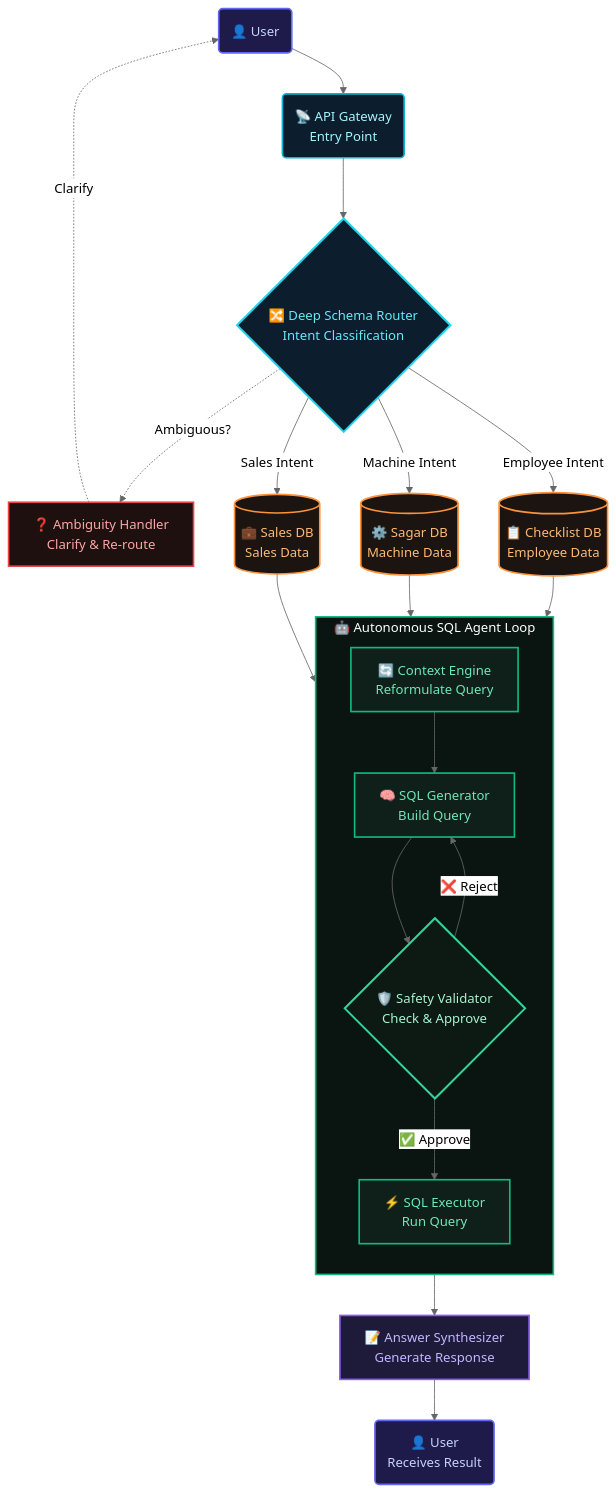
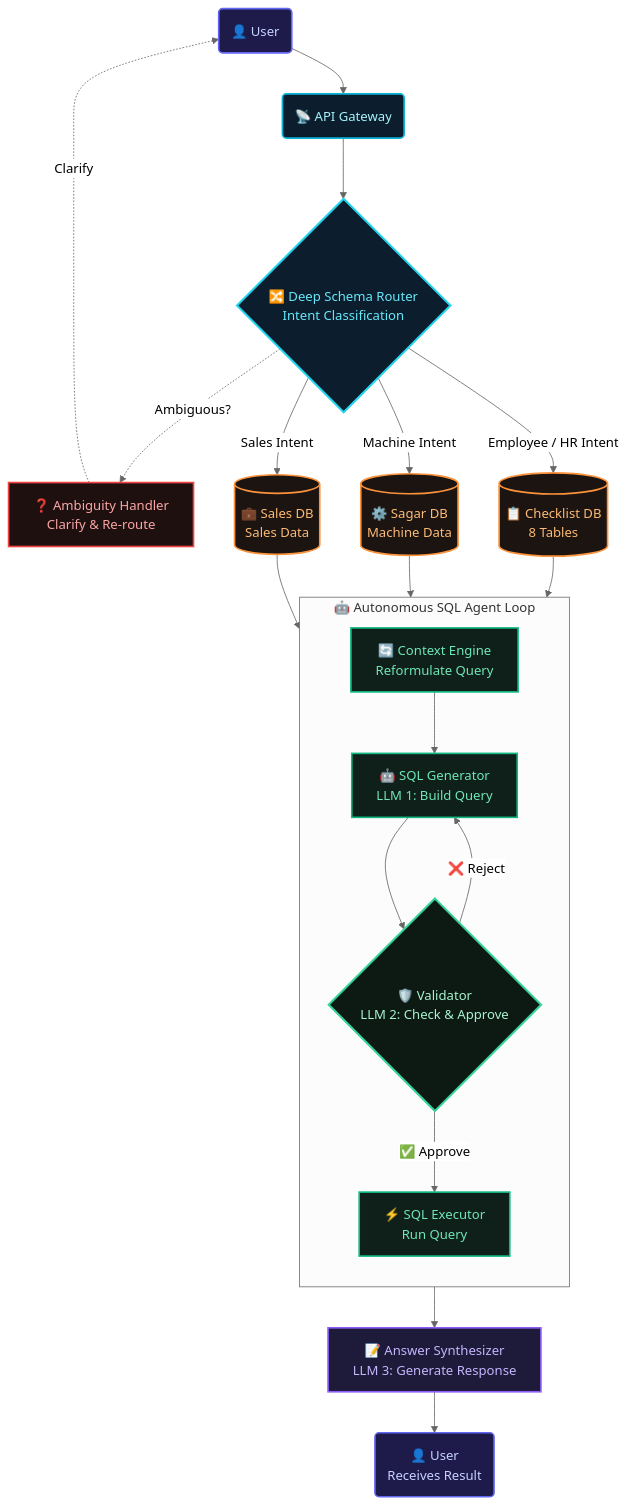
Before and after one commit to missagar01/sagar-ai-agent-backend: the diagram in README.md, drawn with Mermaid (neutral theme). The commit also changed other lines of this file and 20 other files, not shown here.

First line of the commit message:
feat: integrate 5 new tables + Hindi glossary + negation rules + empty result handling

````diff
--- a/README.md
+++ b/README.md
@@ -45,57 +109,53 @@
 ```mermaid
 flowchart TD
-    %% -- GitHub Compatible Styling --
     classDef userNode fill:#1e1b4b,stroke:#6366f1,stroke-width:2px,color:#c7d2fe
     classDef gatewayNode fill:#0c1e2e,stroke:#06b6d4,stroke-width:2px,color:#a5f3fc
     classDef routerNode fill:#0c1e2e,stroke:#22d3ee,stroke-width:2.5px,color:#67e8f9
     classDef dbNode fill:#1c1410,stroke:#fb923c,stroke-width:2px,color:#fdba74
     classDef agentNode fill:#0f1f1a,stroke:#10b981,stroke-width:2px,color:#6ee7b7
     classDef errorNode fill:#1f1010,stroke:#ef4444,stroke-width:2px,color:#fca5a5
     classDef outputNode fill:#1e1b3a,stroke:#8b5cf6,stroke-width:2px,color:#c4b5fd
     classDef coreNode fill:#0d1a14,stroke:#34d399,stroke-width:2.5px,color:#a7f3d0
 
-    U("👤  User"):::userNode
-    AG("📡  API Gateway<br/>Entry Point"):::gatewayNode
-    RT{"🔀  Deep Schema Router<br/>Intent Classification"}:::routerNode
-    AH["❓  Ambiguity Handler<br/>Clarify & Re-route"]:::errorNode
+    U("👤 User"):::userNode
+    AG("📡 API Gateway"):::gatewayNode
+    RT{"🔀 Deep Schema Router<br/>Intent Classification"}:::routerNode
+    AH["❓ Ambiguity Handler<br/>Clarify & Re-route"]:::errorNode
 
-    CE["🔄  Context Engine<br/>Reformulate Query"]:::agentNode
-    SG["🧠  SQL Generator<br/>Build Query"]:::agentNode
-    SV{"🛡️  Safety Validator<br/>Check & Approve"}:::coreNode
-    EX["⚡  SQL Executor<br/>Run Query"]:::agentNode
+    CE["🔄 Context Engine<br/>Reformulate Query"]:::agentNode
+    SG["🤖 SQL Generator<br/>LLM 1: Build Query"]:::agentNode
+    SV{"🛡️ Validator<br/>LLM 2: Check & Approve"}:::coreNode
+    EX["⚡ SQL Executor<br/>Run Query"]:::agentNode
 
-    DB1[("📋  Checklist DB<br/>Employee Data")]:::dbNode
-    DB2[("⚙️  Sagar DB<br/>Machine Data")]:::dbNode
-    DB3[("💼  Sales DB<br/>Sales Data")]:::dbNode
+    DB1[("📋 Checklist DB<br/>8 Tables")]:::dbNode
+    DB2[("⚙️ Sagar DB<br/>Machine Data")]:::dbNode
+    DB3[("💼 Sales DB<br/>Sales Data")]:::dbNode
 
-    SY["📝  Answer Synthesizer<br/>Generate Response"]:::outputNode
-    UR("👤  User<br/>Receives Result"):::userNode
+    SY["📝 Answer Synthesizer<br/>LLM 3: Generate Response"]:::outputNode
+    UR("👤 User<br/>Receives Result"):::userNode
 
     U --> AG
     AG --> RT
 
     RT -.->|"Ambiguous?"| AH
     AH -.->|"Clarify"| U
 
-    RT -->|"Employee Intent"| DB1
+    RT -->|"Employee / HR Intent"| DB1
     RT -->|"Machine Intent"| DB2
     RT -->|"Sales Intent"| DB3
 
-    subgraph CORE ["🤖  Autonomous SQL Agent Loop"]
+    subgraph CORE ["🤖 Autonomous SQL Agent Loop"]
         direction TB
         CE --> SG
         SG --> SV
         SV -->|"❌ Reject"| SG
         SV -->|"✅ Approve"| EX
     end
-    
-    %% Style the subgraph (GitHub ignores this usually, but safe to keep)
-    style CORE fill:#0a1512,stroke:#10b981,stroke-width:2px,color:#fff
 
     DB1 --> CE
     DB2 --> CE
     DB3 --> CE
 
     EX --> SY
     SY --> UR
 ```
````
